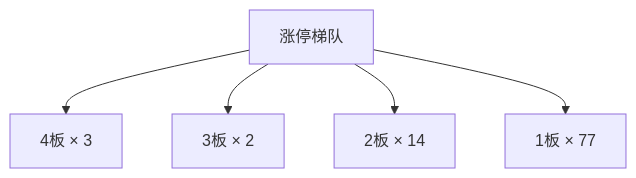
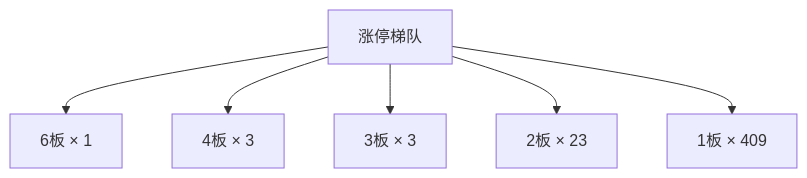
The first of 37 diagrams in content/投研交易/盘中分析/20261127.md (hesherchen-sketch/ray1992chzl), drawn with Mermaid before and after one commit. The commit also changed other lines of this file and 2 other files, not shown here.

````diff
--- a/content/投研交易/盘中分析/20261127.md
+++ b/content/投研交易/盘中分析/20261127.md
@@ -51,8 +52,9 @@
 ```mermaid
 flowchart TD
     ROOT["涨停梯队"]
-    ROOT --> B0["4板 × 3"]
-    ROOT --> B1["3板 × 2"]
-    ROOT --> B2["2板 × 14"]
-    ROOT --> B3["1板 × 77"]
+    ROOT --> B0["6板 × 1"]
+    ROOT --> B1["4板 × 3"]
+    ROOT --> B2["3板 × 3"]
+    ROOT --> B3["2板 × 23"]
+    ROOT --> B4["1板 × 409"]
 ```
````
